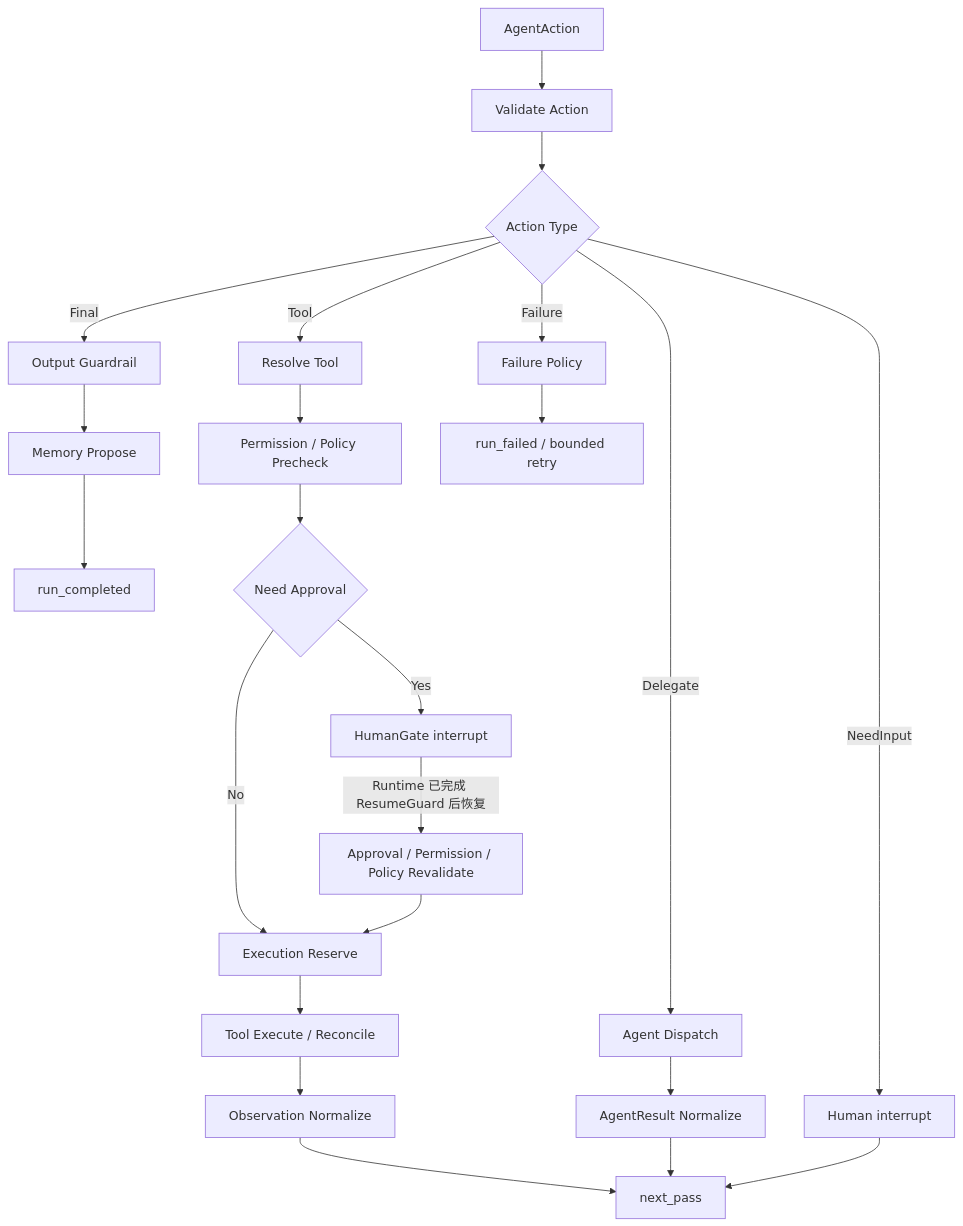
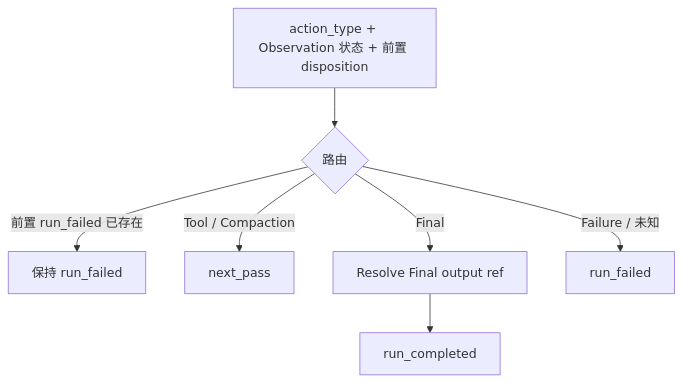
One commit to 1340150899/USAGI-Agent changed the sixth of 6 diagrams in docs/generic-agent-framework.md. Above: the diagram before and after it, drawn with Mermaid. The commit also changed other lines of this file and 49 other files, not shown here.

````diff
--- a/docs/generic-agent-framework.md
+++ b/docs/generic-agent-framework.md
@@ -2264,30 +2285,10 @@
 ```mermaid
 flowchart TD
-    A[AgentAction] --> V[Validate Action]
-    V --> R{Action Type}
+    A[action_type + Observation 状态 + 前置 disposition] --> R{路由}
 
-    R -->|Final| OG[Output Guardrail]
-    OG --> MW[Memory Propose]
-    MW --> RC[run_completed]
-
-    R -->|Tool| TR[Resolve Tool]
-    TR --> TP[Permission / Policy Precheck]
-    TP --> HG{Need Approval}
-    HG -->|Yes| HI[HumanGate interrupt]
-    HI -->|Runtime 已完成 ResumeGuard 后恢复| RV[Approval / Permission / Policy Revalidate]
-    HG -->|No| ID[Execution Reserve]
-    RV --> ID
-    ID --> TE[Tool Execute / Reconcile]
-    TE --> ON[Observation Normalize]
-    ON --> NP[next_pass]
-
-    R -->|Delegate| AD[Agent Dispatch]
-    AD --> AN[AgentResult Normalize]
-    AN --> NP
-
-    R -->|NeedInput| IN[Human interrupt]
-    IN --> NP
-
-    R -->|Failure| FP[Failure Policy]
-    FP --> RF[run_failed / bounded retry]
+    R -->|前置 run_failed 已存在| K[保持 run_failed]
+    R -->|Tool / Compaction| NP[next_pass]
+    R -->|Final| FR[Resolve Final output ref]
+    FR --> RC[run_completed]
+    R -->|Failure / 未知| RF[run_failed]
 ```
````
